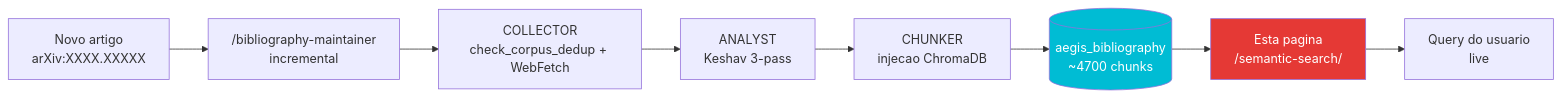
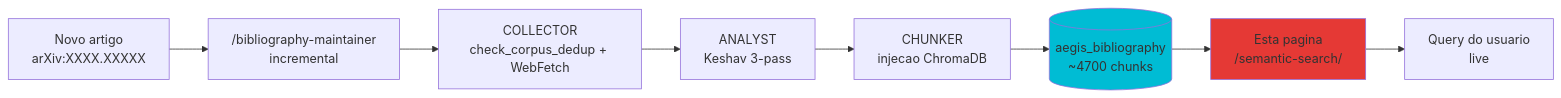
One commit to mo0ogly/llm_robot_medical changed the diagram in wiki/docs/semantic-search/index.pt.md. Above: the diagram before and after it, drawn with Mermaid. The commit also changed 860 other files, not shown here.

````diff
--- a/wiki/docs/semantic-search/index.pt.md
+++ b/wiki/docs/semantic-search/index.pt.md
@@ -155,13 +155,13 @@
 ```mermaid
 flowchart LR
     PAPER["Novo artigo<br/>arXiv:XXXX.XXXXX"] --> BIB["/bibliography-maintainer<br/>incremental"]
     BIB --> COLLECTOR["COLLECTOR<br/>check_corpus_dedup + WebFetch"]
     COLLECTOR --> ANALYST["ANALYST<br/>Keshav 3-pass"]
     ANALYST --> CHUNKER["CHUNKER<br/>injecao ChromaDB"]
     CHUNKER --> DB[("aegis_bibliography<br/>~4700 chunks")]
     DB --> SEARCH["Esta pagina<br/>/semantic-search/"]
     SEARCH --> USER["Query do usuario<br/>live"]
 
-    style DB fill:#00bcd4,color:#fff
-    style SEARCH fill:#e53935,color:#fff
+    style DB fill:#00bcd4
+    style SEARCH fill:#e53935
 ```
````
